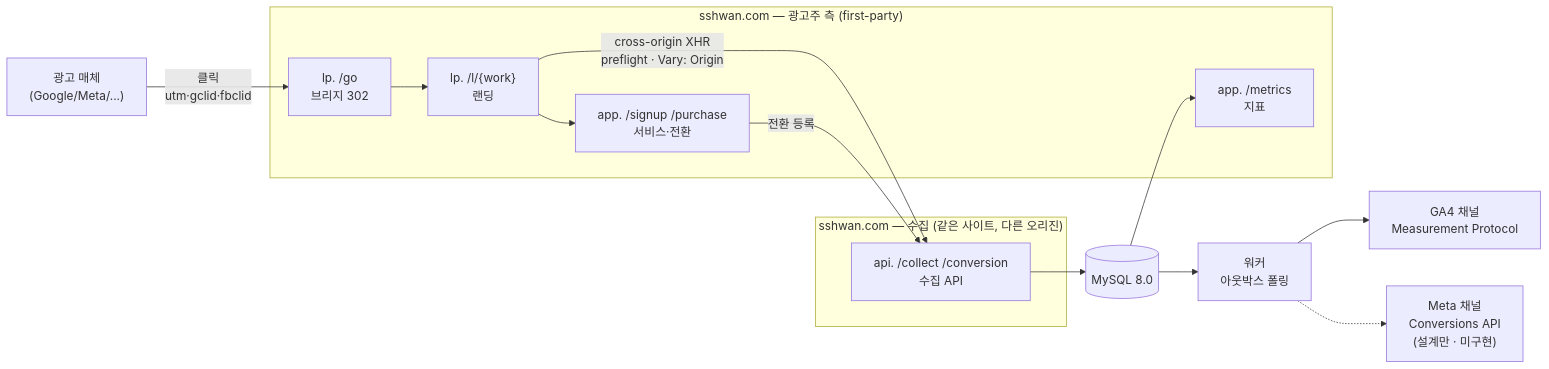
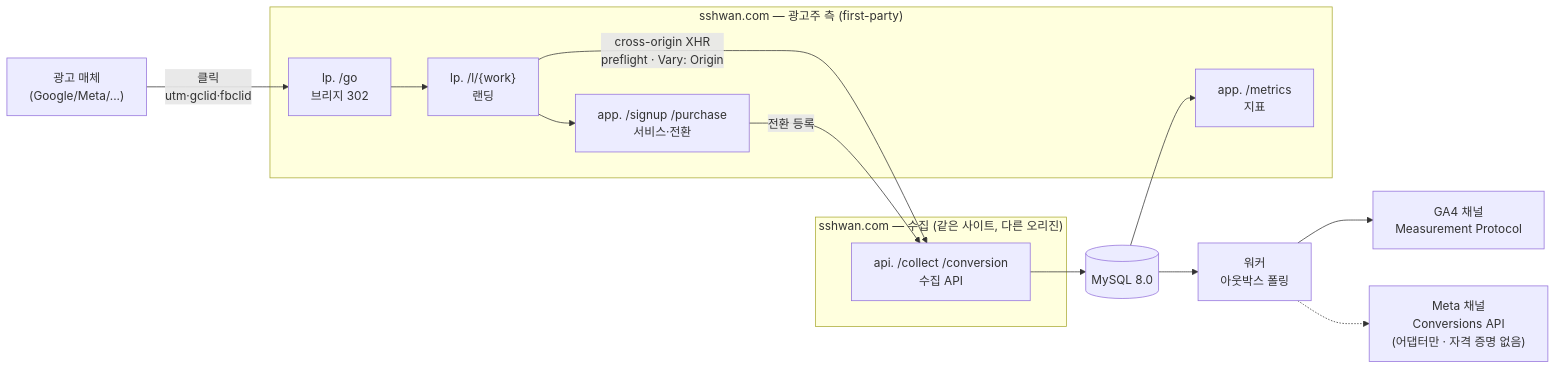
The first of 5 diagrams in docs/architecture.md (http1220/touchpoint), drawn with Mermaid before and after one commit. The commit also changed other lines of this file and 9 other files, not shown here.

````diff
--- a/docs/architecture.md
+++ b/docs/architecture.md
@@ -10,25 +10,25 @@
 ```mermaid
 flowchart LR
     AD["광고 매체<br/>(Google/Meta/...)"] -->|"클릭<br/>utm·gclid·fbclid"| BR
 
     subgraph SHOP["sshwan.com — 광고주 측 (first-party)"]
         BR["lp. /go<br/>브리지 302"]
         LP["lp. /l/{work}<br/>랜딩"]
         APP["app. /signup /purchase<br/>서비스·전환"]
         MET["app. /metrics<br/>지표"]
     end
 
     subgraph TRACK["sshwan.com — 수집 (같은 사이트, 다른 오리진)"]
         API["api. /collect /conversion<br/>수집 API"]
     end
 
     BR --> LP
     LP -->|"cross-origin XHR<br/>preflight · Vary: Origin"| API
     LP --> APP
     APP -->|"전환 등록"| API
     API --> DB[("MySQL 8.0")]
     DB --> W["워커<br/>아웃박스 폴링"]
     W --> GA["GA4 채널<br/>Measurement Protocol"]
-    W -.-> META["Meta 채널<br/>Conversions API<br/>(설계만 · 미구현)"]
+    W -.-> META["Meta 채널<br/>Conversions API<br/>(어댑터만 · 자격 증명 없음)"]
     DB --> MET
 ```
````
